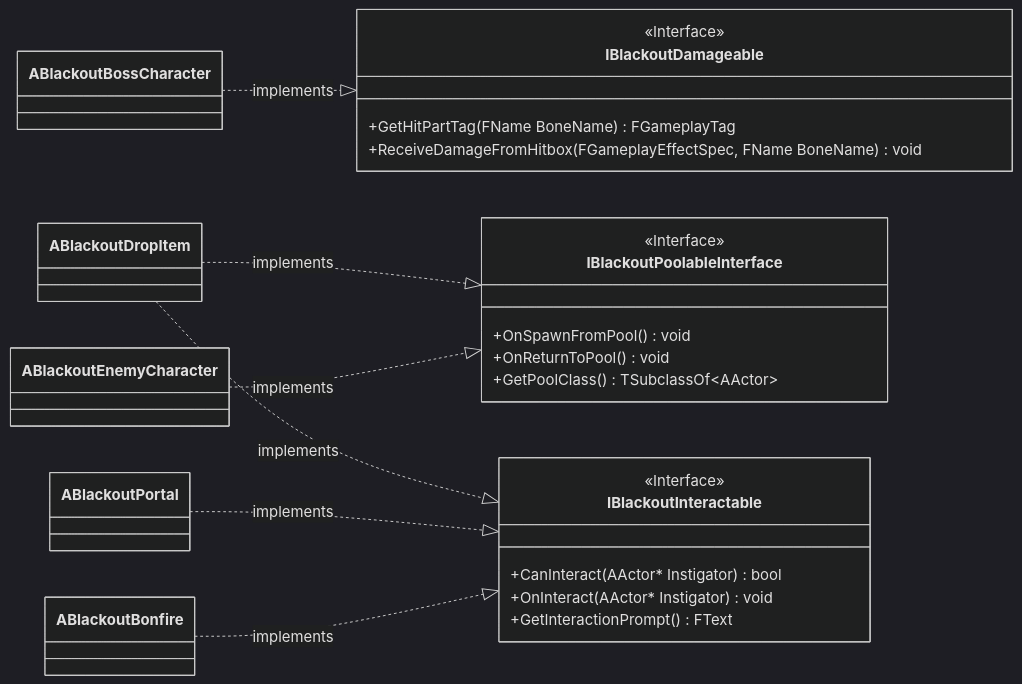
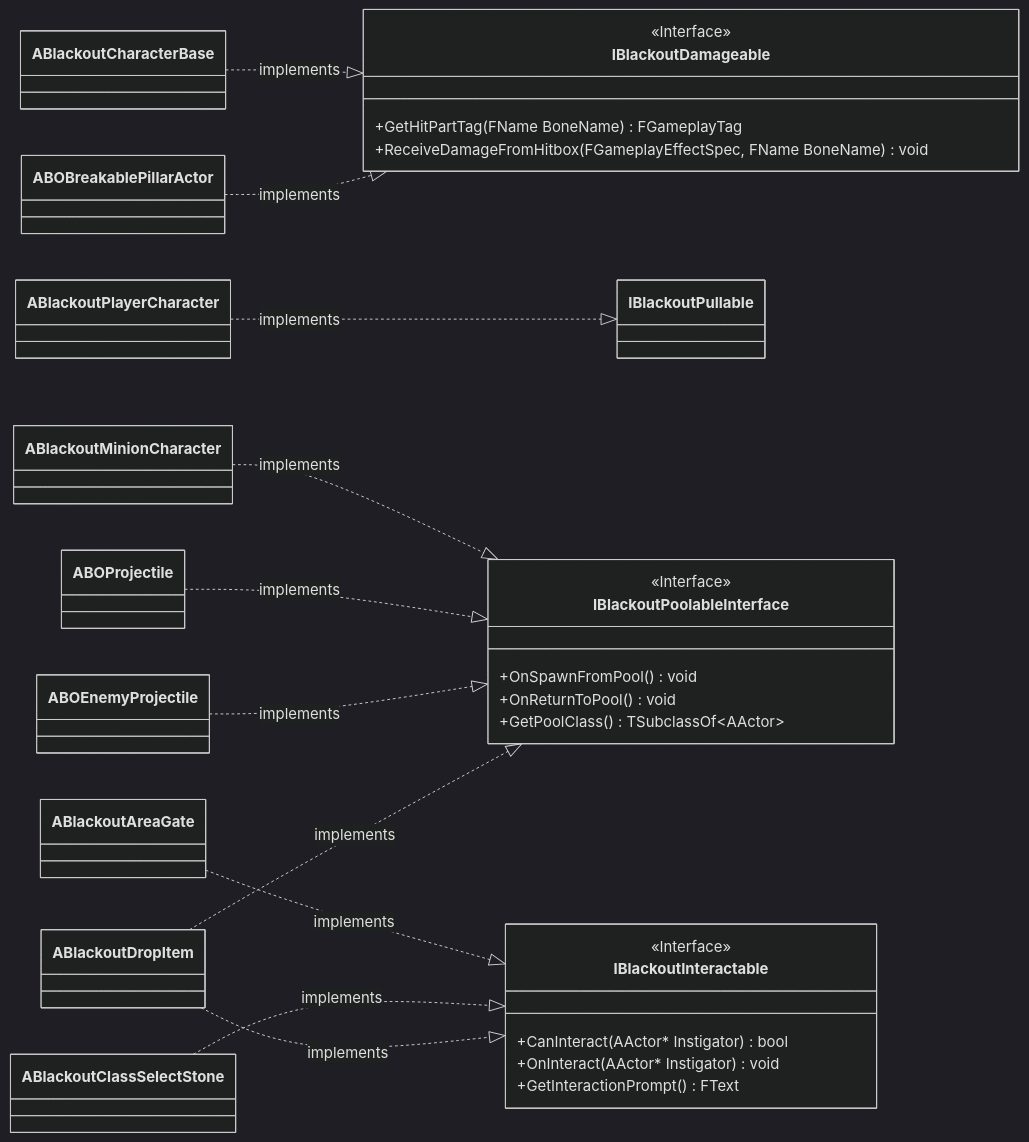
Before and after one commit to seongwon1579/ProjectBlackout: the diagram in Docs/Foundation/04_Common_Interfaces.md, drawn with Mermaid (dark theme). The commit also changed other lines of this file and 24 other files, not shown here.

Commit message:
Docs: 클래스 다이어그램 최신화

````diff
--- a/Docs/Foundation/04_Common_Interfaces.md
+++ b/Docs/Foundation/04_Common_Interfaces.md
@@ -5,31 +5,35 @@
 ```mermaid
 classDiagram
     direction LR
 
     class IBlackoutPoolableInterface {
         <<Interface>>
         +OnSpawnFromPool() void
         +OnReturnToPool() void
         +GetPoolClass() TSubclassOf~AActor~
     }
 
     class IBlackoutInteractable {
         <<Interface>>
         +CanInteract(AActor* Instigator) bool
         +OnInteract(AActor* Instigator) void
         +GetInteractionPrompt() FText
     }
 
     class IBlackoutDamageable {
         <<Interface>>
         +GetHitPartTag(FName BoneName) FGameplayTag
         +ReceiveDamageFromHitbox(FGameplayEffectSpec, FName BoneName) void
     }
 
-    ABlackoutEnemyCharacter ..|> IBlackoutPoolableInterface : implements
-    ABlackoutBossCharacter ..|> IBlackoutDamageable : implements
-    ABlackoutBonfire ..|> IBlackoutInteractable : implements
-    ABlackoutPortal ..|> IBlackoutInteractable : implements
+    ABlackoutCharacterBase ..|> IBlackoutDamageable : implements
+    ABlackoutPlayerCharacter ..|> IBlackoutPullable : implements
+    ABlackoutMinionCharacter ..|> IBlackoutPoolableInterface : implements
+    ABOProjectile ..|> IBlackoutPoolableInterface : implements
+    ABOEnemyProjectile ..|> IBlackoutPoolableInterface : implements
+    ABOBreakablePillarActor ..|> IBlackoutDamageable : implements
+    ABlackoutAreaGate ..|> IBlackoutInteractable : implements
+    ABlackoutClassSelectStone ..|> IBlackoutInteractable : implements
     ABlackoutDropItem ..|> IBlackoutInteractable : implements
     ABlackoutDropItem ..|> IBlackoutPoolableInterface : implements
 ```
````
